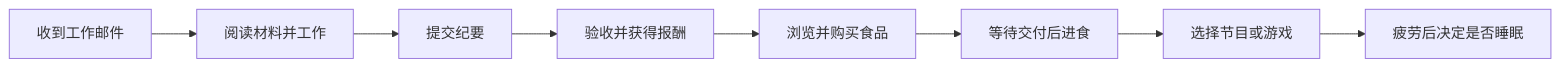
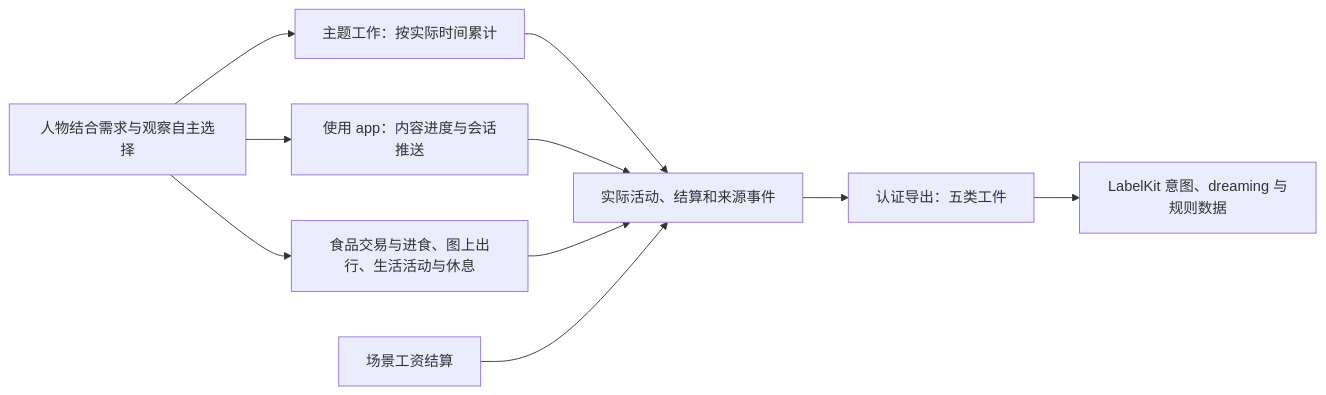
The third of 4 diagrams in docs/ARCHITECTURE.md (HoldThatThgt/WorldMock), drawn with Mermaid before and after one commit. The commit also changed other lines of this file and 21 other files, not shown here.

````diff
--- a/docs/ARCHITECTURE.md
+++ b/docs/ARCHITECTURE.md
@@ -208,10 +207,12 @@
 ```mermaid
 flowchart LR
-    A[收到工作邮件] --> B[阅读材料并工作]
-    B --> C[提交纪要]
-    C --> D[验收并获得报酬]
-    D --> E[浏览并购买食品]
-    E --> F[等待交付后进食]
-    F --> G[选择节目或游戏]
-    G --> H[疲劳后决定是否睡眠]
+    PERSON[人物结合需求与观察自主选择] --> WORK[主题工作：按实际时间累计]
+    PERSON --> APP[使用 app：内容进度与会话推送]
+    PERSON --> LIFE[食品交易与进食、图上出行、生活活动与休息]
+    WORK --> EVENTS[实际活动、结算和来源事件]
+    APP --> EVENTS
+    LIFE --> EVENTS
+    WAGES[场景工资结算] --> EVENTS
+    EVENTS --> EXPORT[认证导出：五类工件]
+    EXPORT --> DATA[LabelKit 意图、dreaming 与规则数据]
 ```
````
